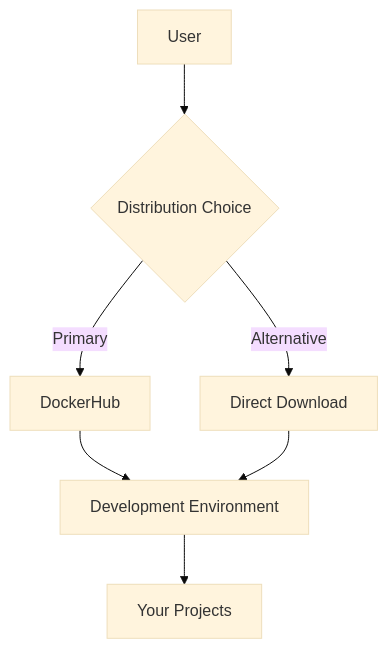
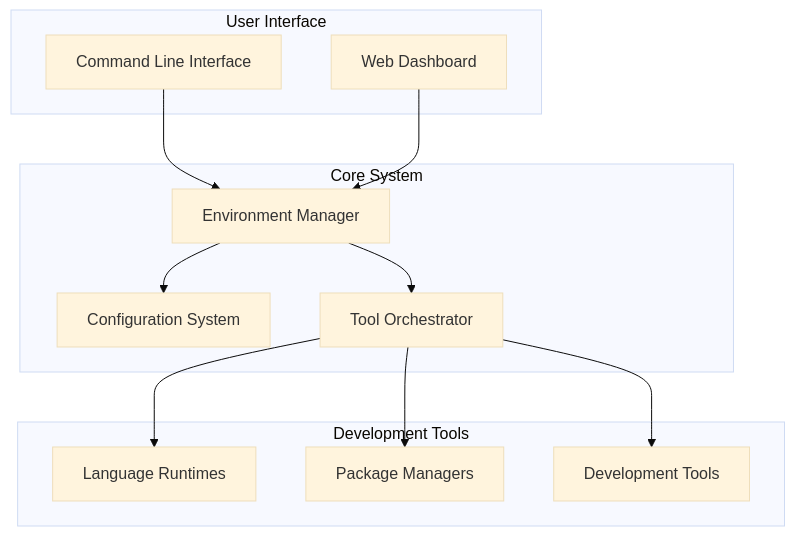
Before and after one commit to BA-CalderonMorales/dev-environment: the first of 7 diagrams in docs/VISUALS.md, drawn with Mermaid (base theme). The commit also changed other lines of this file and 12 other files, not shown here.

````diff
--- a/docs/VISUALS.md
+++ b/docs/VISUALS.md
@@ -4,9 +6,27 @@
 ```mermaid
 graph TD
-    A[User] --> B{Distribution Choice}
-    B -->|Primary| C[DockerHub]
-    B -->|Alternative| D[Direct Download]
-    C --> E[Development Environment]
-    D --> E
-    E --> F[Your Projects]
+    subgraph User Interface
+        CLI[Command Line Interface]
+        GUI[Web Dashboard]
+    end
+    
+    subgraph Core System
+        ENV[Environment Manager]
+        CONF[Configuration System]
+        TOOL[Tool Orchestrator]
+    end
+    
+    subgraph Development Tools
+        LANG[Language Runtimes]
+        PKG[Package Managers]
+        IDE[Development Tools]
+    end
+
+    CLI --> ENV
+    GUI --> ENV
+    ENV --> CONF
+    ENV --> TOOL
+    TOOL --> LANG
+    TOOL --> PKG
+    TOOL --> IDE
 ```
````
